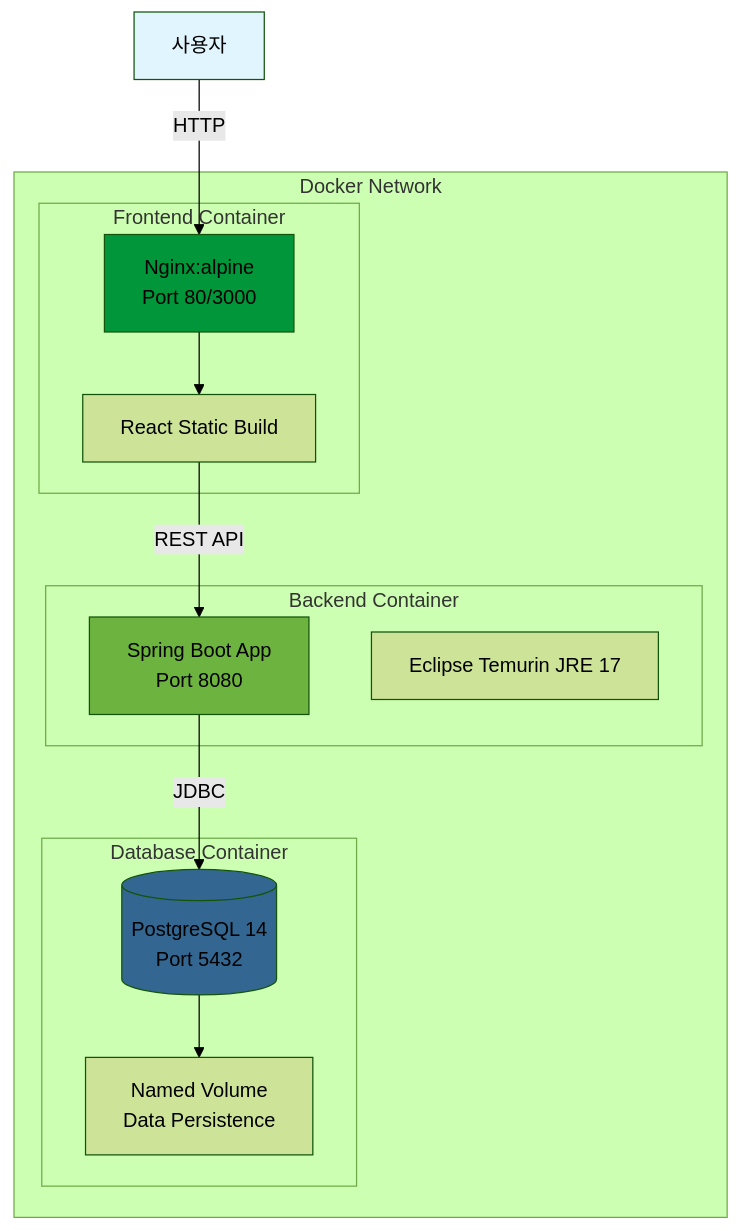
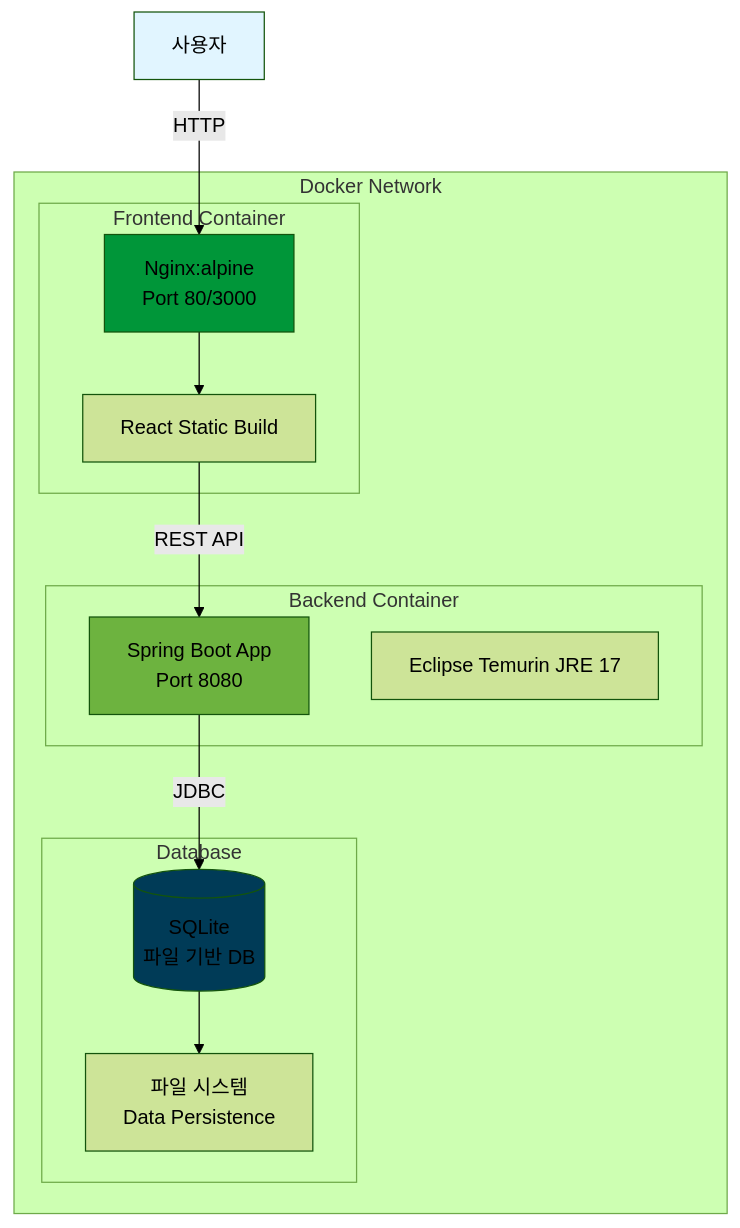
One commit to yuno110/vide-start changed the tenth of 13 diagrams in docs/design.md. Above: the diagram before and after it, drawn with Mermaid (forest theme). The commit also changed other lines of this file and 2 other files, not shown here.

First line of the commit message:
PostgreSQL에서 SQLite로 데이터베이스 변경 - 문서 업데이트 (#27)

````diff
--- a/docs/design.md
+++ b/docs/design.md
@@ -853,30 +853,30 @@
 ```mermaid
 graph TB
     subgraph "Docker Network"
         subgraph "Frontend Container"
             Nginx[Nginx:alpine<br/>Port 80/3000]
             React[React Static Build]
         end
 
         subgraph "Backend Container"
             Spring[Spring Boot App<br/>Port 8080]
             JRE[Eclipse Temurin JRE 17]
         end
 
-        subgraph "Database Container"
-            PG[(PostgreSQL 14<br/>Port 5432)]
-            Volume[Named Volume<br/>Data Persistence]
+        subgraph "Database"
+            SQLite[(SQLite<br/>파일 기반 DB)]
+            Volume[파일 시스템<br/>Data Persistence]
         end
     end
 
     User[사용자] -->|HTTP| Nginx
     Nginx --> React
     React -->|REST API| Spring
-    Spring -->|JDBC| PG
-    PG --> Volume
+    Spring -->|JDBC| SQLite
+    SQLite --> Volume
 
     style Nginx fill:#009639
     style Spring fill:#6db33f
-    style PG fill:#336791
+    style SQLite fill:#003B57
     style User fill:#e1f5ff
 ```
````
